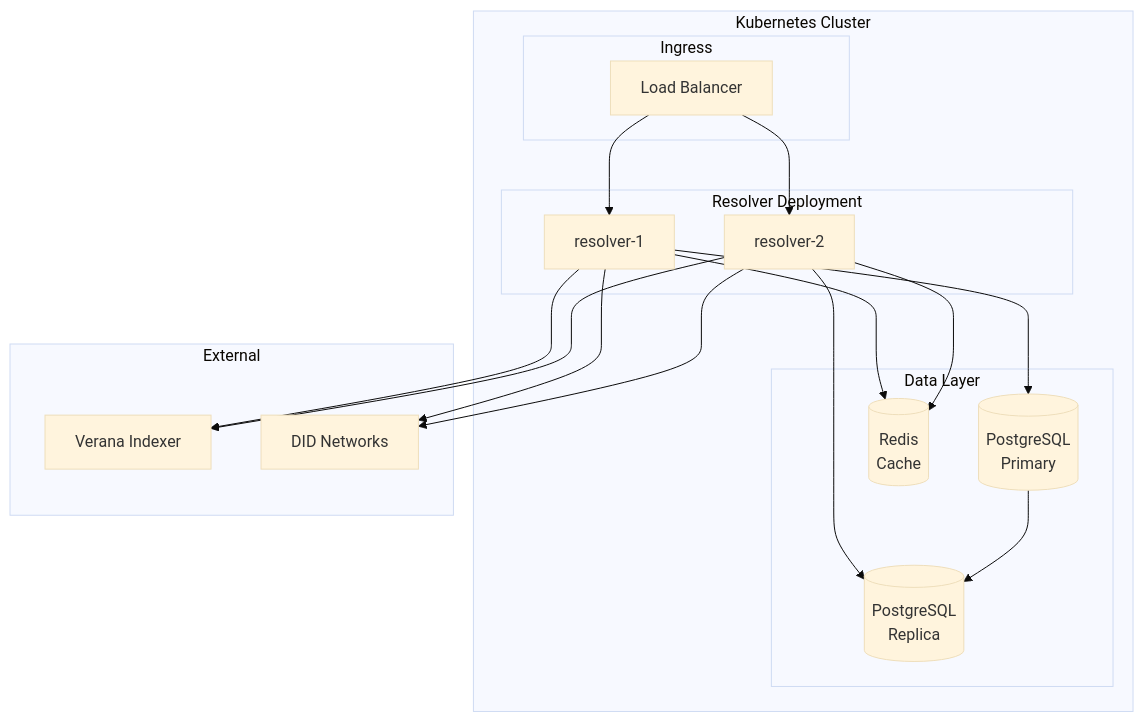
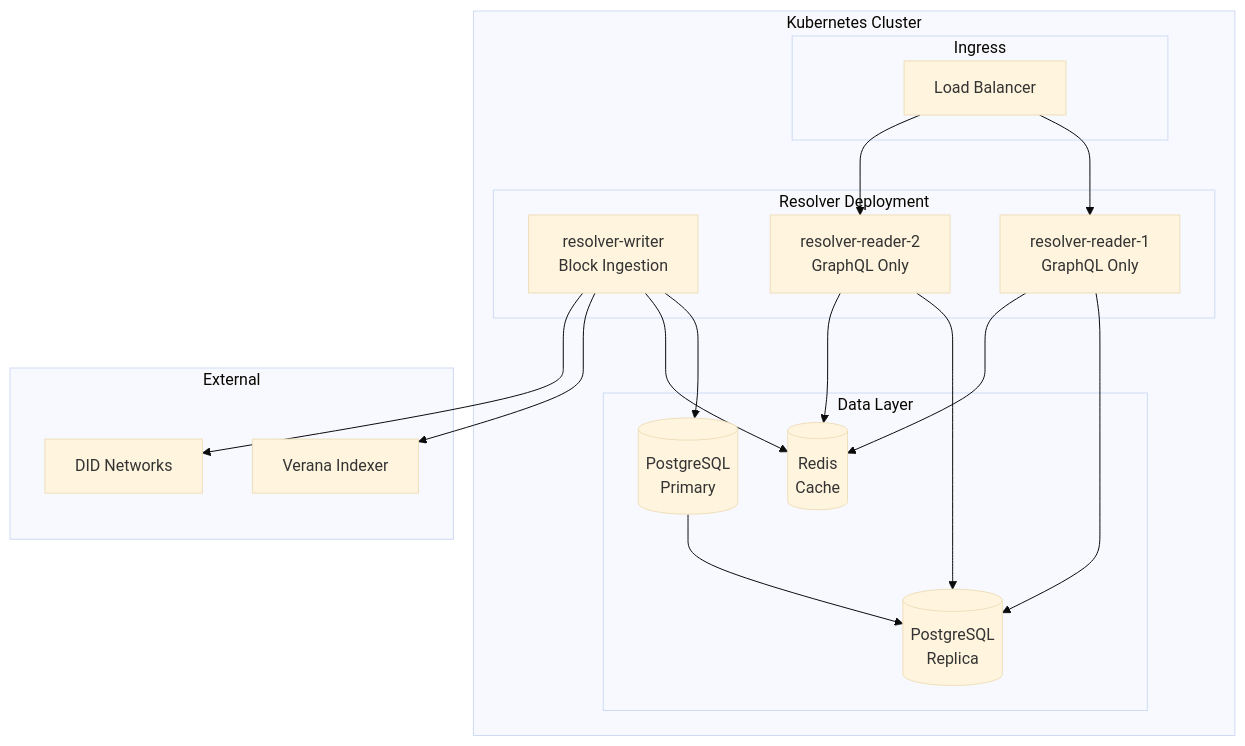
One commit to verana-labs/verana-resolver changed the sixth of 6 diagrams in implementation-plan.md. Above: the diagram before and after it, drawn with Mermaid (base theme). The commit also changed other lines of this file, not shown here.

````diff
--- a/implementation-plan.md
+++ b/implementation-plan.md
@@ -1230,36 +1236,37 @@
 ```mermaid
 flowchart TB
     subgraph K8s["Kubernetes Cluster"]
         subgraph Resolver["Resolver Deployment"]
-            R1[resolver-1]
-            R2[resolver-2]
+            R1[resolver-writer<br/>Block Ingestion]
+            R2[resolver-reader-1<br/>GraphQL Only]
+            R3[resolver-reader-2<br/>GraphQL Only]
         end
         
         subgraph Data["Data Layer"]
             PG[(PostgreSQL<br/>Primary)]
             PG_R[(PostgreSQL<br/>Replica)]
             REDIS[(Redis<br/>Cache)]
         end
         
         subgraph Ingress["Ingress"]
             LB[Load Balancer]
         end
     end
     
     subgraph External["External"]
         IDX[Verana Indexer]
         DID[DID Networks]
     end
     
-    LB --> R1
     LB --> R2
+    LB --> R3
     R1 --> PG
     R2 --> PG_R
+    R3 --> PG_R
     R1 --> REDIS
     R2 --> REDIS
+    R3 --> REDIS
     R1 --> IDX
-    R2 --> IDX
     R1 --> DID
-    R2 --> DID
     PG --> PG_R
 ```
````
